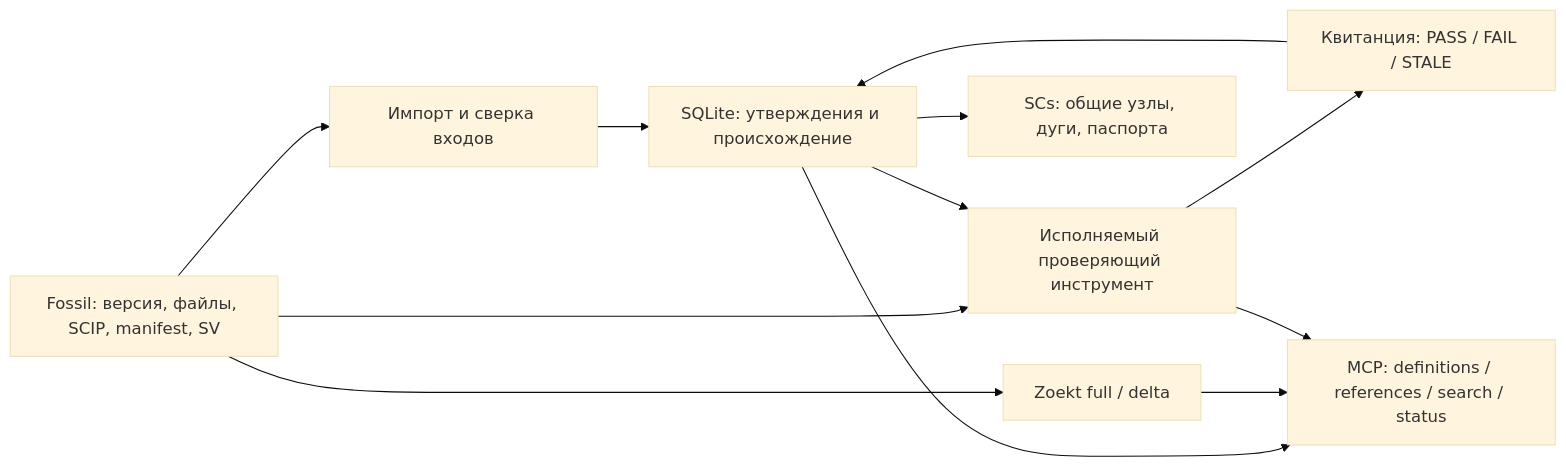
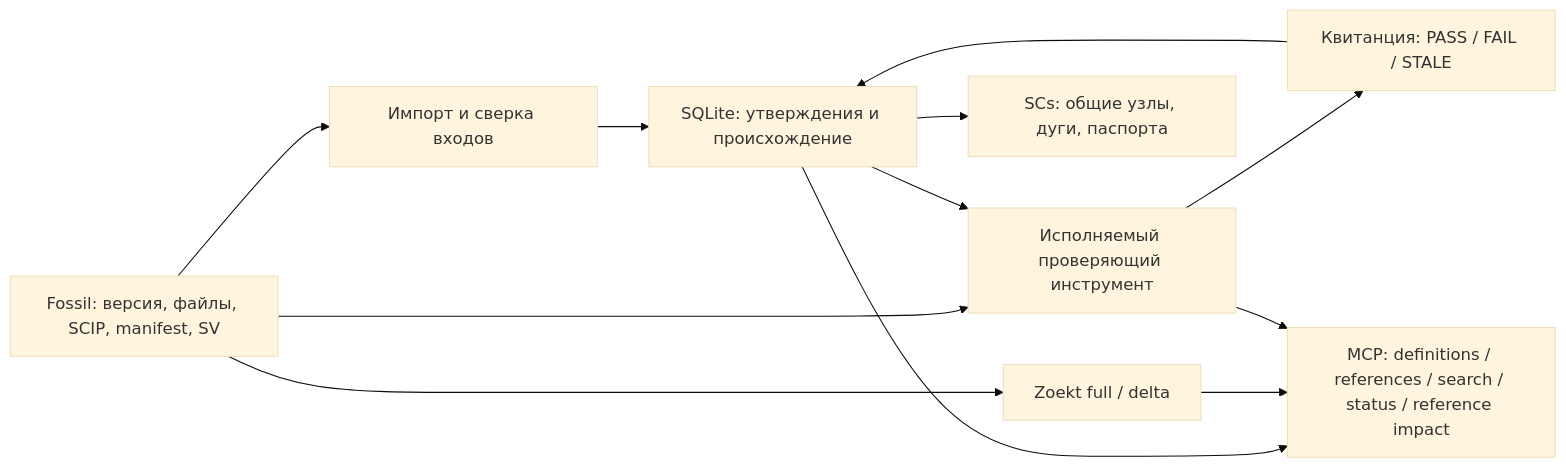
The diagram in docs/dais-evidence-graph.md (AlHeloween/opencode), drawn with Mermaid (base theme) before and after one commit. The commit also changed other lines of this file and 209 other files, not shown here.

Commit message:
feat(dais): close 2026-10-18_dais-fossil-reference-impact with native range evidence

````diff
--- a/docs/dais-evidence-graph.md
+++ b/docs/dais-evidence-graph.md
@@ -16,14 +16,14 @@
 ```mermaid
 flowchart LR
     F[Fossil: версия, файлы, SCIP, manifest, SV] --> I[Импорт и сверка входов]
     I --> G[SQLite: утверждения и происхождение]
     F --> V[Исполняемый проверяющий инструмент]
     G --> V
     V --> R[Квитанция: PASS / FAIL / STALE]
     R --> G
     G --> S[SCs: общие узлы, дуги, паспорта]
     F --> Z[Zoekt full / delta]
-    G --> M[MCP: definitions / references / search / status]
+    G --> M[MCP: definitions / references / search / status / reference impact]
     Z --> M
     V --> M
 ```
````
